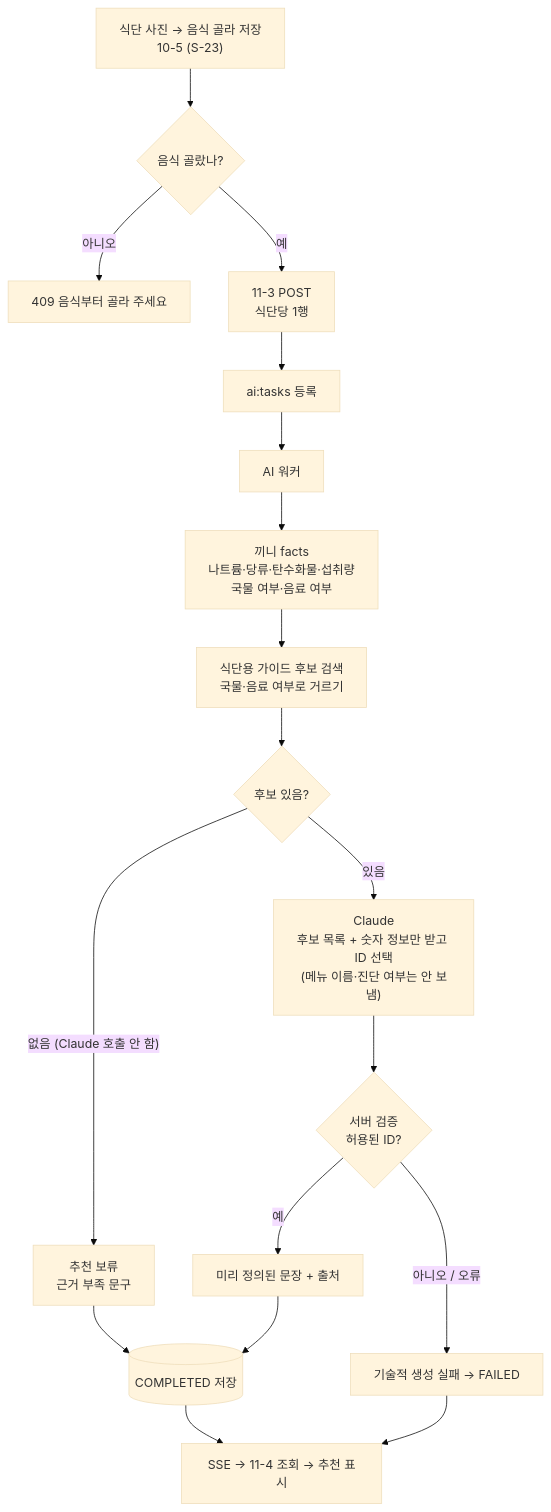
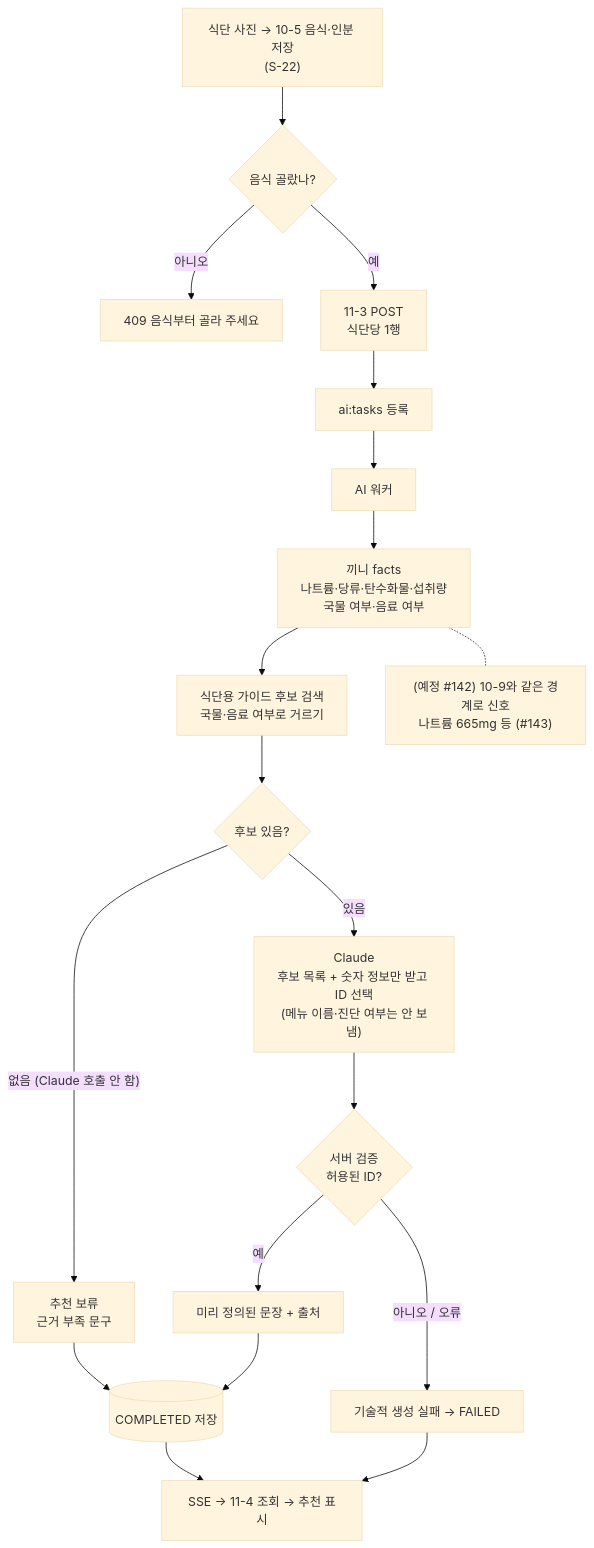
The second of 3 diagrams in docs/llm-pipeline.md (AI-HealthCare-07/pair2care), drawn with Mermaid (base theme) before and after one commit. The commit also changed other lines of this file, not shown here.

````diff
--- a/docs/llm-pipeline.md
+++ b/docs/llm-pipeline.md
@@ -62,20 +62,21 @@
 ```mermaid
 flowchart TD
-    A["식단 사진 → 음식 골라 저장<br/>10-5 (S-23)"] --> B{"음식 골랐나?"}
+    A["식단 사진 → 10-5 음식·인분 저장<br/>(S-22)"] --> B{"음식 골랐나?"}
     B -- "아니오" --> X["409 음식부터 골라 주세요"]
     B -- 예 --> C["11-3 POST<br/>식단당 1행"]
     C --> D["ai:tasks 등록"]
     D --> E["AI 워커"]
     E --> F["끼니 facts<br/>나트륨·당류·탄수화물·섭취량<br/>국물 여부·음료 여부"]
     F --> G["식단용 가이드 후보 검색<br/>국물·음료 여부로 거르기"]
+    F -.- TH["(예정 #142) 10-9와 같은 경계로 신호<br/>나트륨 665mg 등 (#143)"]
     G --> J{"후보 있음?"}
     J -- "없음 (Claude 호출 안 함)" --> K["추천 보류<br/>근거 부족 문구"]
     J -- 있음 --> H["Claude<br/>후보 목록 + 숫자 정보만 받고 ID 선택<br/>(메뉴 이름·진단 여부는 안 보냄)"]
     H --> V{"서버 검증<br/>허용된 ID?"}
     V -- 예 --> O["미리 정의된 문장 + 출처"]
     V -- "아니오 / 오류" --> N["기술적 생성 실패 → FAILED"]
     K --> I[("COMPLETED 저장")]
     O --> I
     I --> R["SSE → 11-4 조회 → 추천 표시"]
     N --> R
 ```
````
